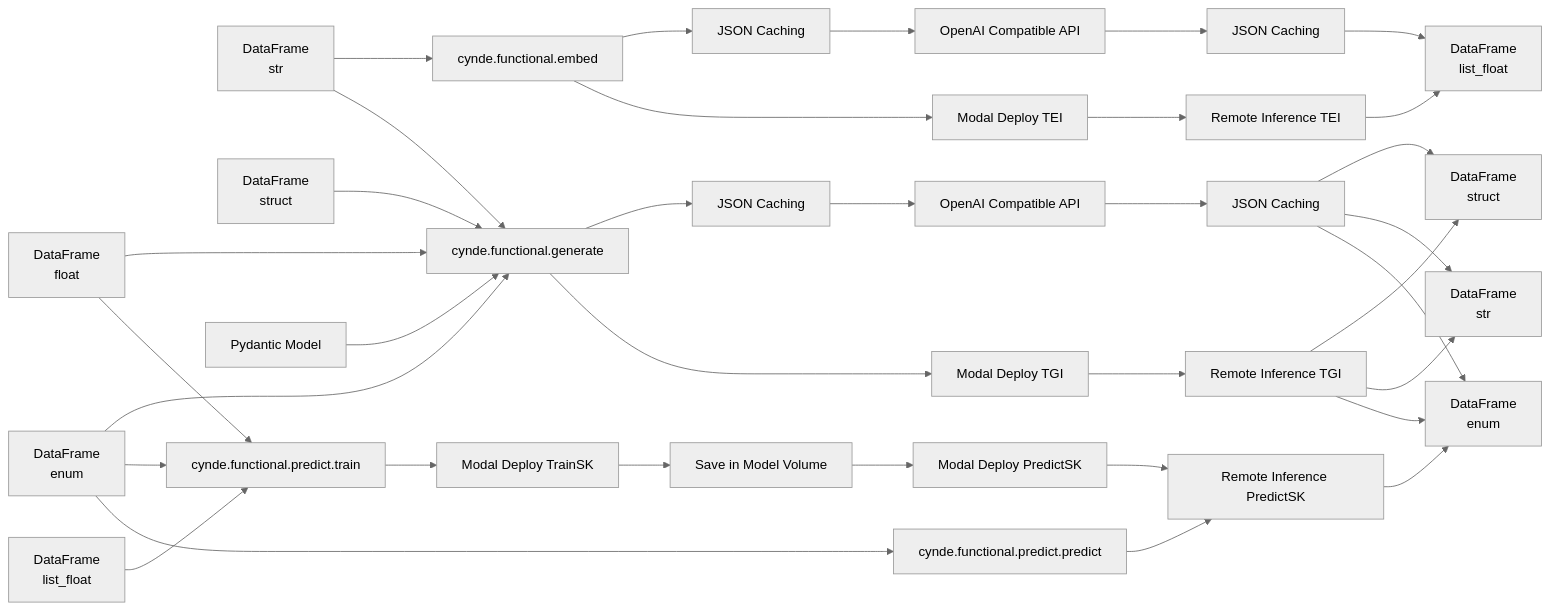
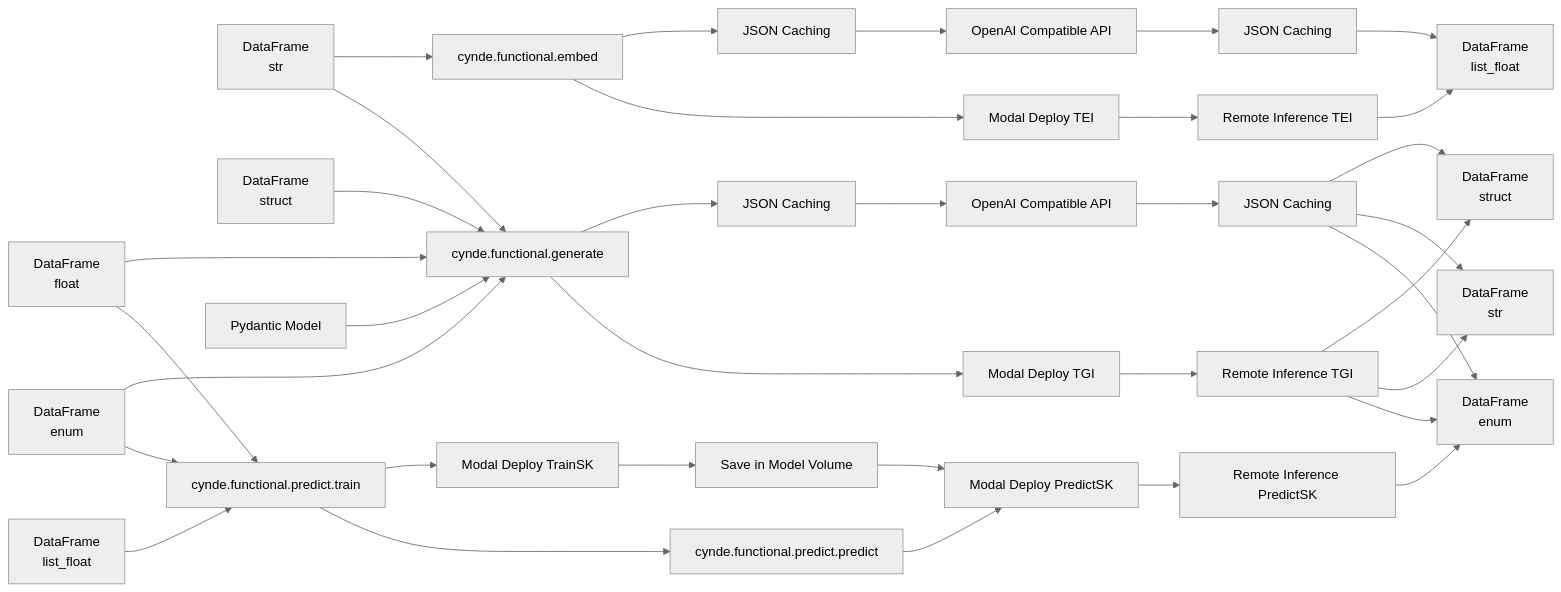
The diagram in README.md (Neural-Dragon-AI/Cynde), drawn with Mermaid (neutral theme) before and after one commit.

````diff
--- a/README.md
+++ b/README.md
@@ -26,41 +26,41 @@
 ```mermaid
 graph LR
     A[DataFrame<br>str] --> B[cynde.functional.embed]
     A --> C[cynde.functional.generate]
     D[DataFrame<br>float] --> C
     E[DataFrame<br>enum] --> C
     T[DataFrame<br>struct] --> C
     E --> F[cynde.functional.predict.train]
     D --> F
     G[DataFrame<br>list_float] --> F
 
     H[Pydantic Model] --> C
 
     B --> I[JSON Caching]
     B --> J[Modal Deploy TEI]
     I --> K[OpenAI Compatible API]
     J --> L[Remote Inference TEI]
     K --> M[JSON Caching]
     L --> N[DataFrame<br>list_float]
     M --> N
 
     C --> O[JSON Caching]
     C --> P[Modal Deploy TGI]
     O --> Q[OpenAI Compatible API]
     P --> R[Remote Inference TGI]
     Q --> S[JSON Caching]
     R --> T2[DataFrame<br>struct]
     R --> A2[DataFrame<br>str]
     R --> E2[DataFrame<br>enum]
     S --> T2
     S --> A2
     S --> E2
 
     F --> U[Modal Deploy TrainSK]
     U --> V[Save in Model Volume]
     V --> W[Modal Deploy PredictSK]
-    E --> X[cynde.functional.predict.predict]
+    F --> X[cynde.functional.predict.predict]
     W --> F2[Remote Inference PredictSK]
-    X --> F2
+    X --> W
     F2 --> E2
 ```
````
